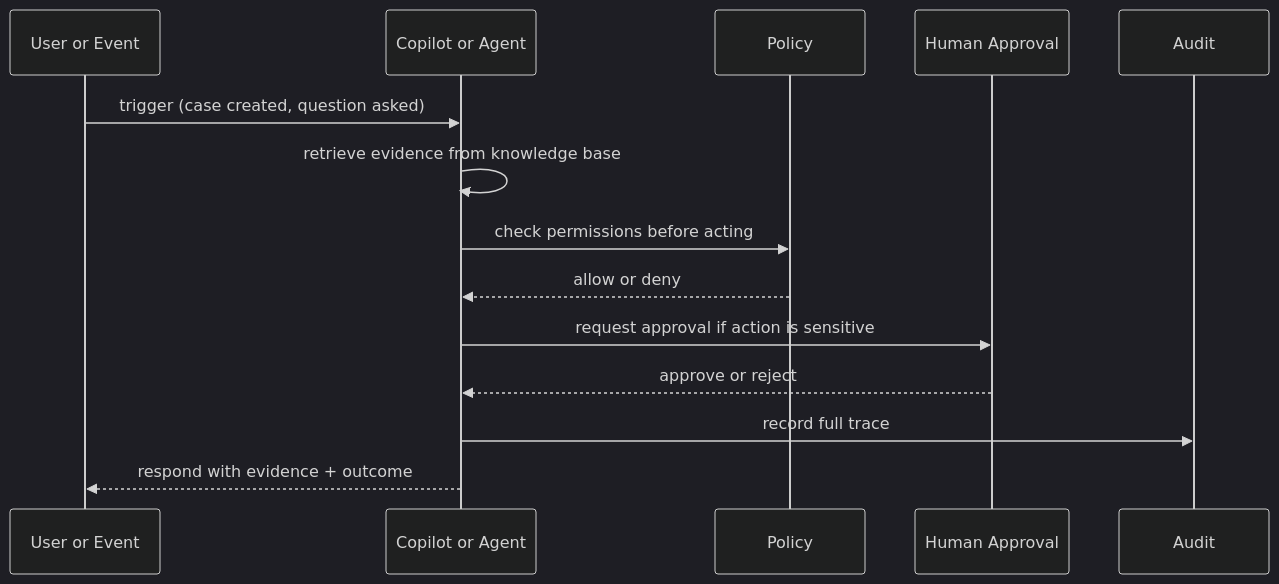
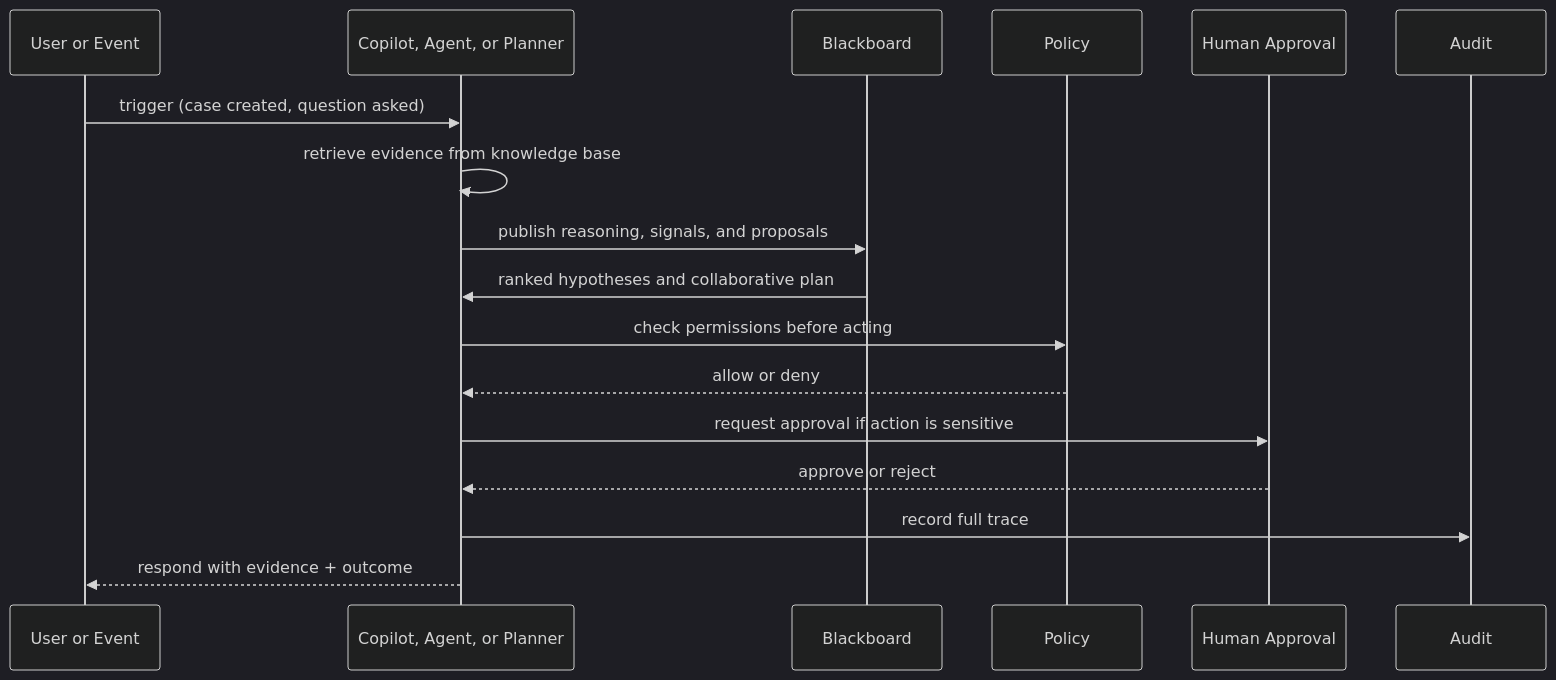
Before and after one commit to krukmat/fenix: the first of 3 diagrams in README.md, drawn with Mermaid (dark theme). The commit also changed other lines of this file and 37 other files, not shown here.

````diff
--- a/README.md
+++ b/README.md
@@ -67,17 +87,20 @@
 ```mermaid
 sequenceDiagram
     participant U as User or Event
-    participant C as Copilot or Agent
+    participant C as Copilot, Agent, or Planner
+    participant B as Blackboard
     participant P as Policy
     participant H as Human Approval
     participant A as Audit
 
     U->>C: trigger (case created, question asked)
     C->>C: retrieve evidence from knowledge base
+    C->>B: publish reasoning, signals, and proposals
+    B->>C: ranked hypotheses and collaborative plan
     C->>P: check permissions before acting
     P-->>C: allow or deny
     C->>H: request approval if action is sensitive
     H-->>C: approve or reject
     C->>A: record full trace
     C-->>U: respond with evidence + outcome
 ```
````
